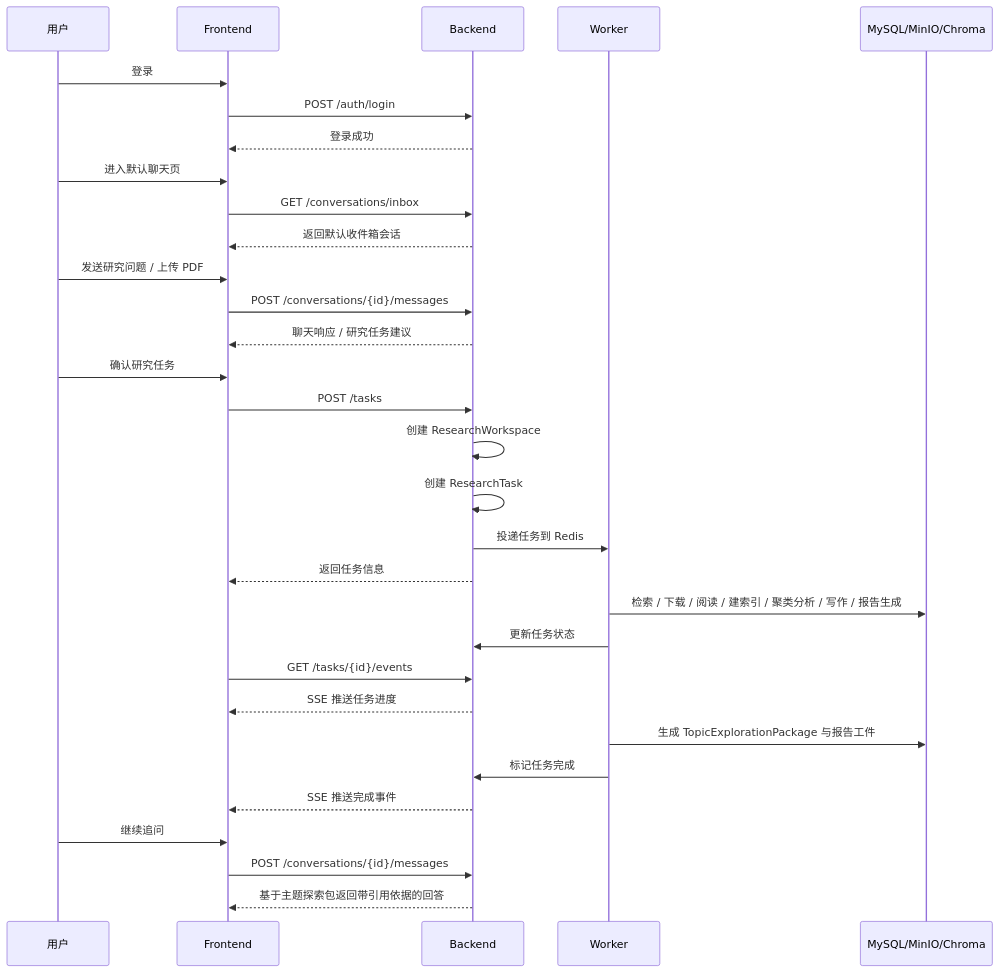
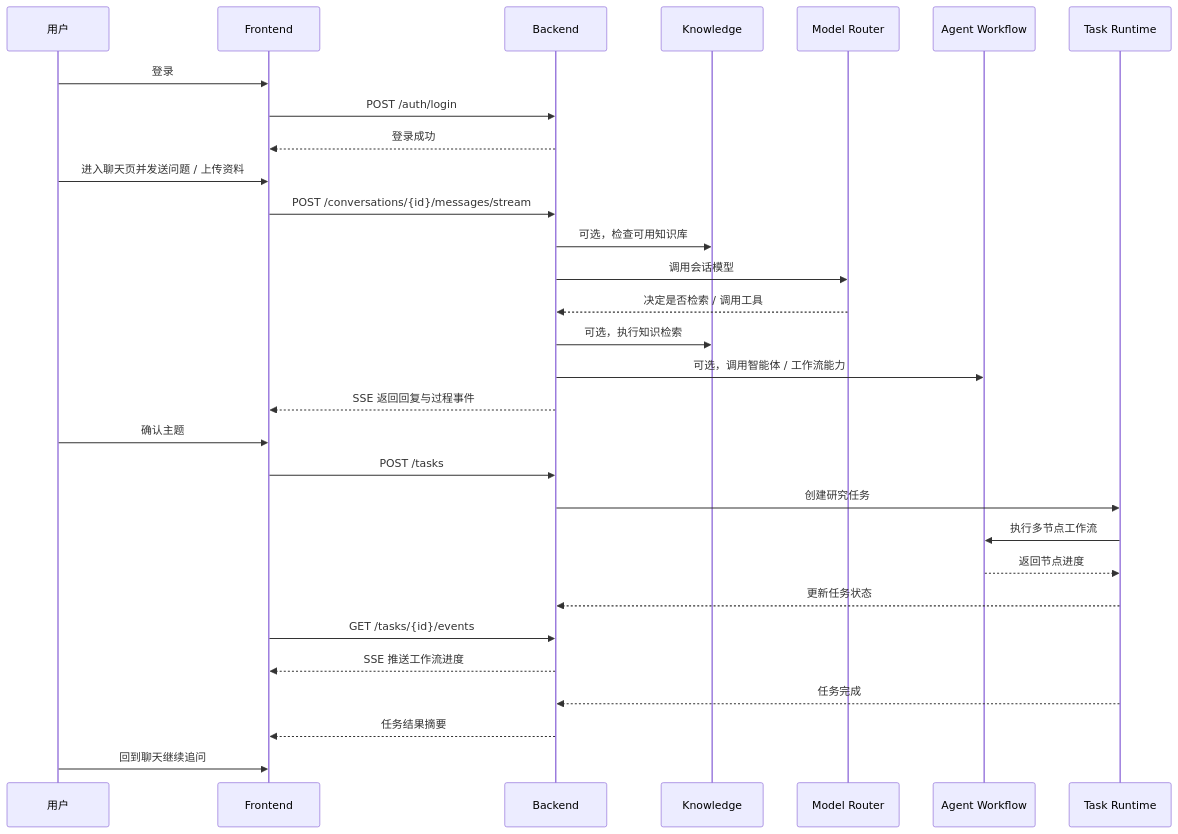
The second of 2 diagrams in docs/architecture.md (sdybrbdc/PaperChatAgent), drawn with Mermaid before and after one commit. The commit also changed other lines of this file and 14 other files, not shown here.

Commit message:
Refresh architecture docs and remove legacy design variants

````diff
--- a/docs/architecture.md
+++ b/docs/architecture.md
@@ -158,40 +59,36 @@
 ```mermaid
 sequenceDiagram
     participant U as 用户
     participant F as Frontend
     participant B as Backend
-    participant W as Worker
-    participant D as MySQL/MinIO/Chroma
+    participant K as Knowledge
+    participant M as Model Router
+    participant A as Agent Workflow
+    participant T as Task Runtime
 
     U->>F: 登录
     F->>B: POST /auth/login
     B-->>F: 登录成功
 
-    U->>F: 进入默认聊天页
-    F->>B: GET /conversations/inbox
-    B-->>F: 返回默认收件箱会话
+    U->>F: 进入聊天页并发送问题 / 上传资料
+    F->>B: POST /conversations/{id}/messages/stream
+    B->>K: 可选，检查可用知识库
+    B->>M: 调用会话模型
+    M-->>B: 决定是否检索 / 调用工具
+    B->>K: 可选，执行知识检索
+    B->>A: 可选，调用智能体 / 工作流能力
+    B-->>F: SSE 返回回复与过程事件
 
-    U->>F: 发送研究问题 / 上传 PDF
-    F->>B: POST /conversations/{id}/messages
-    B-->>F: 聊天响应 / 研究任务建议
+    U->>F: 确认主题
+    F->>B: POST /tasks
+    B->>T: 创建研究任务
+    T->>A: 执行多节点工作流
+    A-->>T: 返回节点进度
+    T-->>B: 更新任务状态
+    F->>B: GET /tasks/{id}/events
+    B-->>F: SSE 推送工作流进度
 
-    U->>F: 确认研究任务
-    F->>B: POST /tasks
-    B->>B: 创建 ResearchWorkspace
-    B->>B: 创建 ResearchTask
-    B->>W: 投递任务到 Redis
-    B-->>F: 返回任务信息
-
-    W->>D: 检索 / 下载 / 阅读 / 建索引 / 聚类分析 / 写作 / 报告生成
-    W->>B: 更新任务状态
-    F->>B: GET /tasks/{id}/events
-    B-->>F: SSE 推送任务进度
-
-    W->>D: 生成 TopicExplorationPackage 与报告工件
-    W->>B: 标记任务完成
-    B-->>F: SSE 推送完成事件
-
-    U->>F: 继续追问
-    F->>B: POST /conversations/{id}/messages
-    B-->>F: 基于主题探索包返回带引用依据的回答
+    T-->>B: 任务完成
+    B-->>F: 任务结果摘要
+    U->>F: 回到聊天继续追问
 ```
````
